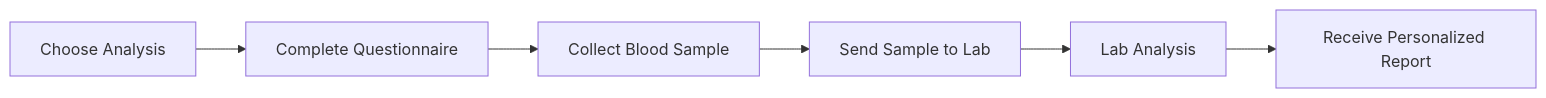
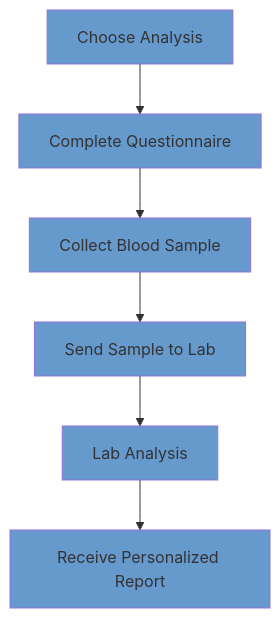
Before and after one commit to healthbiocare/.github: the diagram in profile/README.md, drawn with Mermaid.

````diff
--- a/profile/README.md
+++ b/profile/README.md
@@ -18,8 +18,14 @@
 ```mermaid
-graph LR
-A[Choose Analysis] --> B[Complete Questionnaire]
-B --> C[Collect Blood Sample]
-C --> D[Send Sample to Lab]
-D --> E[Lab Analysis]
-E --> F[Receive Personalized Report]
+graph TD;
+  A[Choose Analysis] --> B[Complete Questionnaire];
+  B --> C[Collect Blood Sample];
+  C --> D[Send Sample to Lab];
+  D --> E[Lab Analysis];
+  E --> F[Receive Personalized Report];
+  style A fill:#69c;
+  style B fill:#69c;
+  style C fill:#69c;
+  style D fill:#69c;
+  style E fill:#69c;
+  style F fill:#69c;
 ```
````
